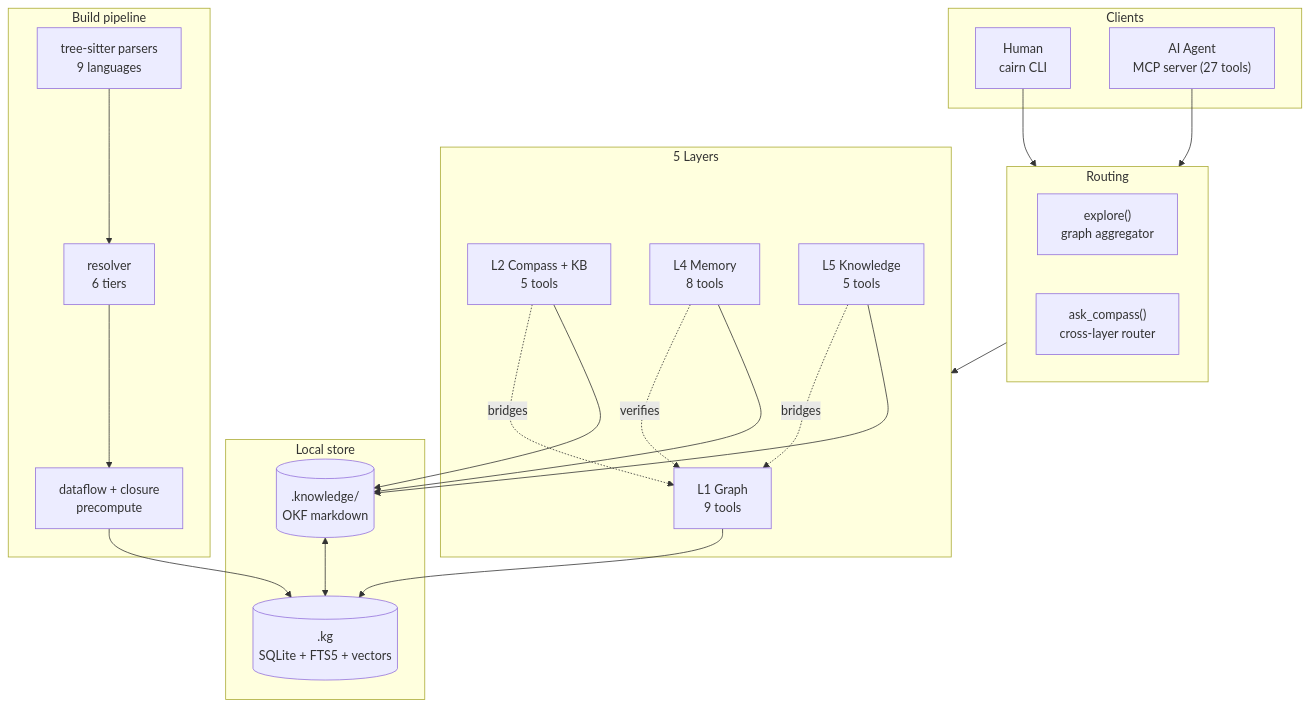
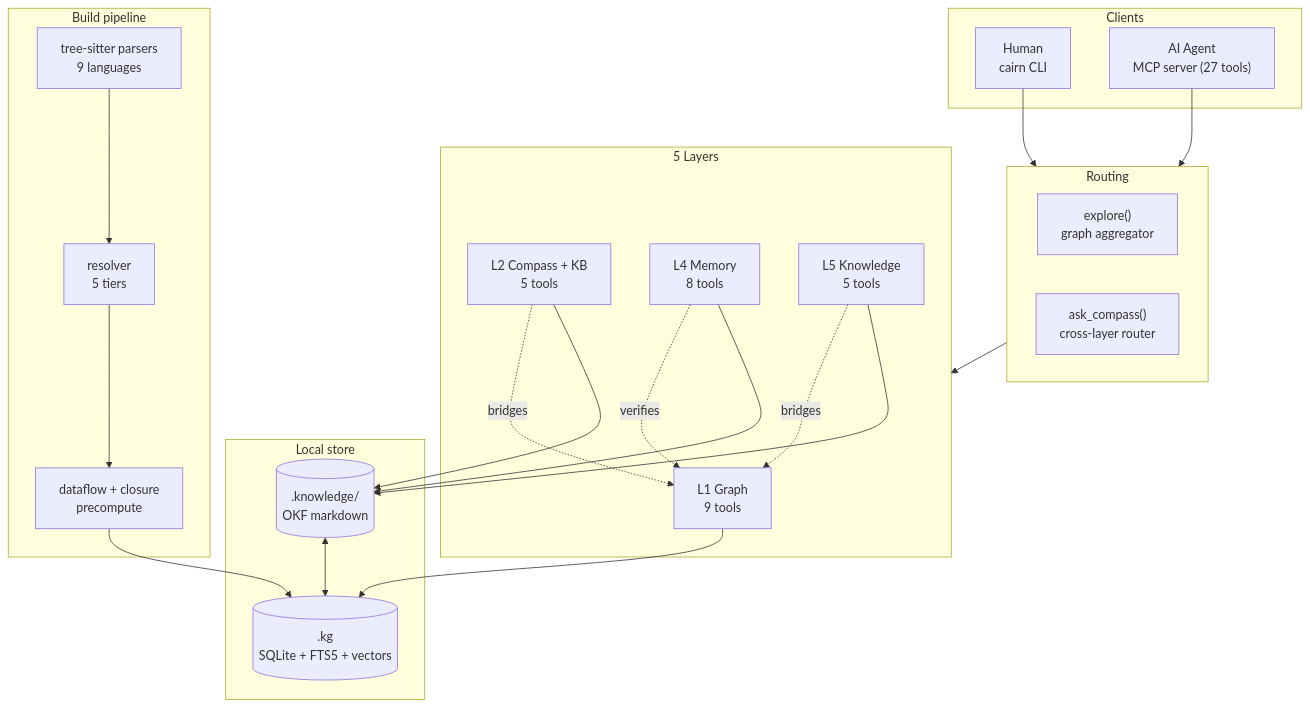
Before and after one commit to tanlnm512/cairn: the first of 11 diagrams in docs/architecture-overview.md, drawn with Mermaid. The commit also changed other lines of this file and 42 other files, not shown here.

````diff
--- a/docs/architecture-overview.md
+++ b/docs/architecture-overview.md
@@ -29,43 +29,43 @@
 ```mermaid
 flowchart TB
     subgraph Clients["Clients"]
         H["Human<br/>cairn CLI"]
         A["AI Agent<br/>MCP server (27 tools)"]
     end
 
     subgraph Router["Routing"]
         EX["explore()<br/>graph aggregator"]
         AC["ask_compass()<br/>cross-layer router"]
     end
 
     subgraph Layers["5 Layers"]
         L1["L1 Graph<br/>9 tools"]
         L2["L2 Compass + KB<br/>5 tools"]
         L4["L4 Memory<br/>8 tools"]
         L5["L5 Knowledge<br/>5 tools"]
     end
 
     subgraph Store["Local store"]
         DB[(".kg<br/>SQLite + FTS5 + vectors")]
         KB[(".knowledge/<br/>OKF markdown")]
     end
 
     subgraph Build["Build pipeline"]
         P["tree-sitter parsers<br/>9 languages"]
-        R["resolver<br/>6 tiers"]
+        R["resolver<br/>5 tiers"]
         D["dataflow + closure<br/>precompute"]
     end
 
     H --> Router
     A --> Router
     Router --> Layers
     L1 --> DB
     L2 --> KB
     L2 -.bridges.-> L1
     L4 --> KB
     L4 -.verifies.-> L1
     L5 --> KB
     L5 -.bridges.-> L1
     P --> R --> D --> DB
     KB <--> DB
 ```
````
